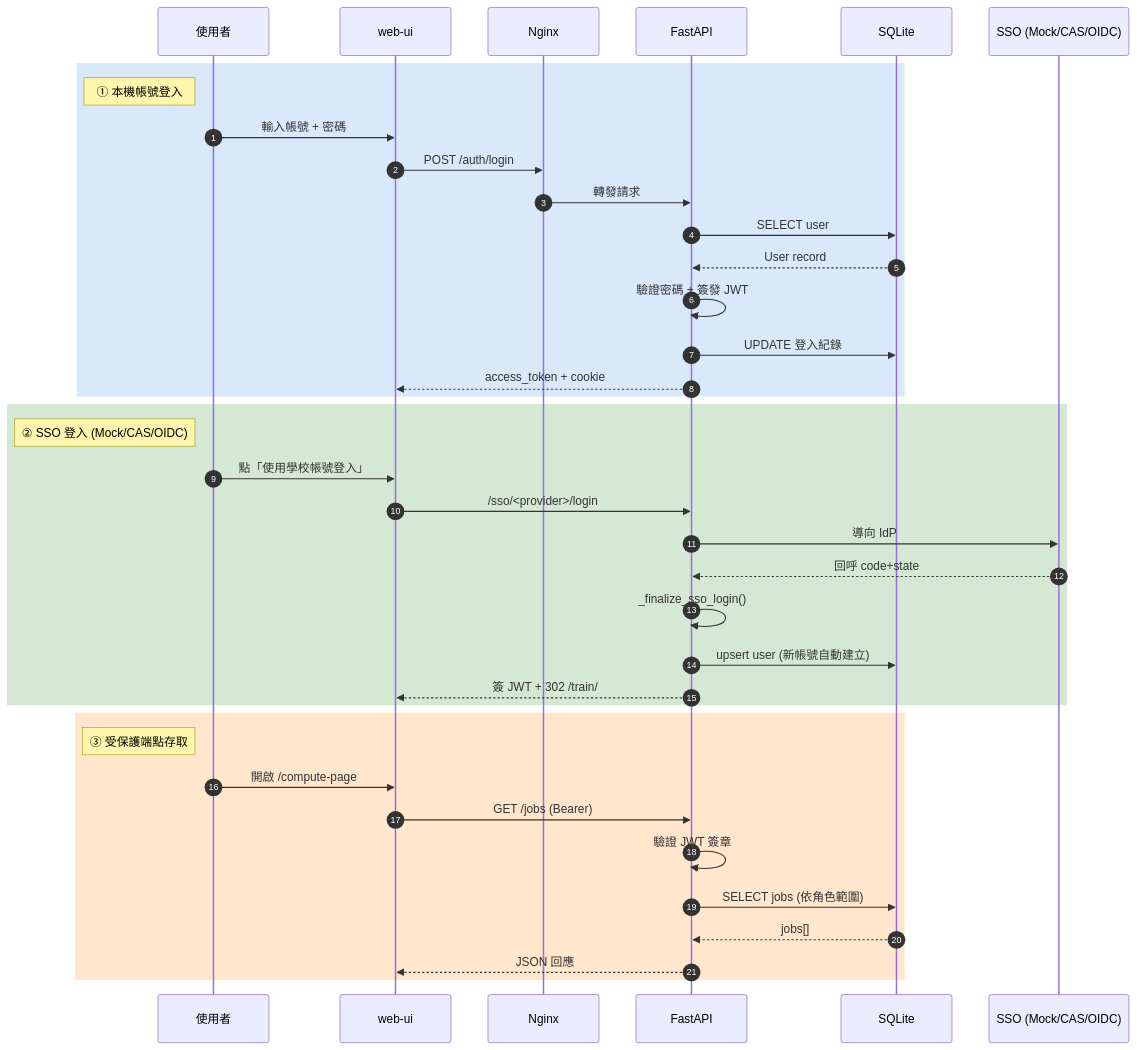
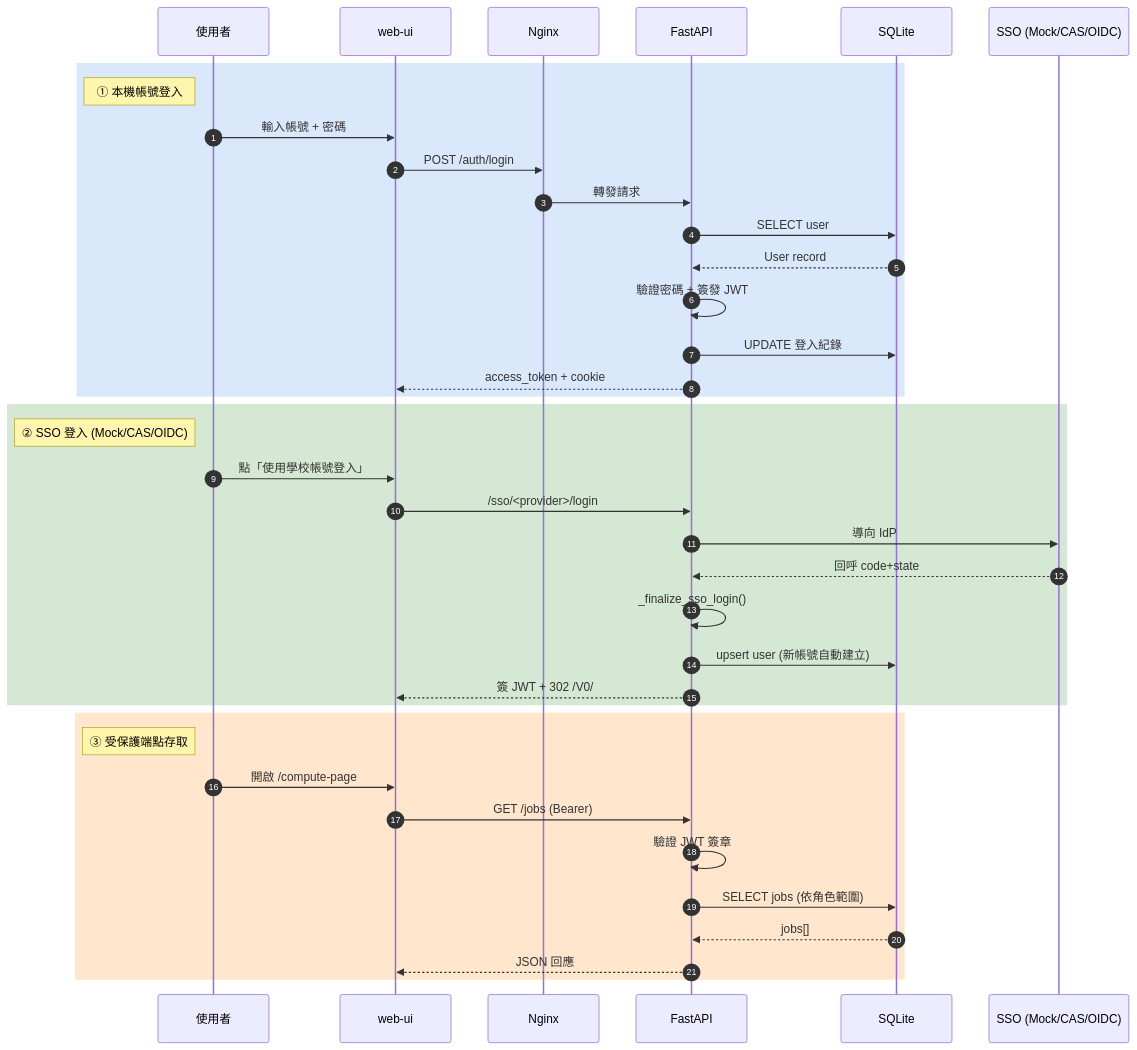
One commit to Lazywah/MingChuan-library-testing-projects changed the third of 14 diagrams in docs/02-architecture.md. Above: the diagram before and after it, drawn with Mermaid. The commit also changed other lines of this file and 129 other files, not shown here.

````diff
--- a/docs/02-architecture.md
+++ b/docs/02-architecture.md
@@ -196,43 +196,43 @@
 ```mermaid
 sequenceDiagram
     autonumber
     participant U as 使用者
     participant W as web-ui
     participant N as Nginx
     participant API as FastAPI
     participant DB as SQLite
     participant SSO as SSO (Mock/CAS/OIDC)
 
     rect rgb(218, 232, 252)
         Note left of U: ① 本機帳號登入
         U->>W: 輸入帳號 + 密碼
         W->>N: POST /auth/login
         N->>API: 轉發請求
         API->>DB: SELECT user
         DB-->>API: User record
         API->>API: 驗證密碼 + 簽發 JWT
         API->>DB: UPDATE 登入紀錄
         API-->>W: access_token + cookie
     end
 
     rect rgb(213, 232, 212)
         Note left of U: ② SSO 登入 (Mock/CAS/OIDC)
         U->>W: 點「使用學校帳號登入」
         W->>API: /sso/<provider>/login
         API->>SSO: 導向 IdP
         SSO-->>API: 回呼 code+state
         API->>API: _finalize_sso_login()
         API->>DB: upsert user (新帳號自動建立)
-        API-->>W: 簽 JWT + 302 /train/
+        API-->>W: 簽 JWT + 302 /V0/
     end
 
     rect rgb(255, 230, 204)
         Note left of U: ③ 受保護端點存取
         U->>W: 開啟 /compute-page
         W->>API: GET /jobs (Bearer)
         API->>API: 驗證 JWT 簽章
         API->>DB: SELECT jobs (依角色範圍)
         DB-->>API: jobs[]
         API-->>W: JSON 回應
     end
 ```
````
